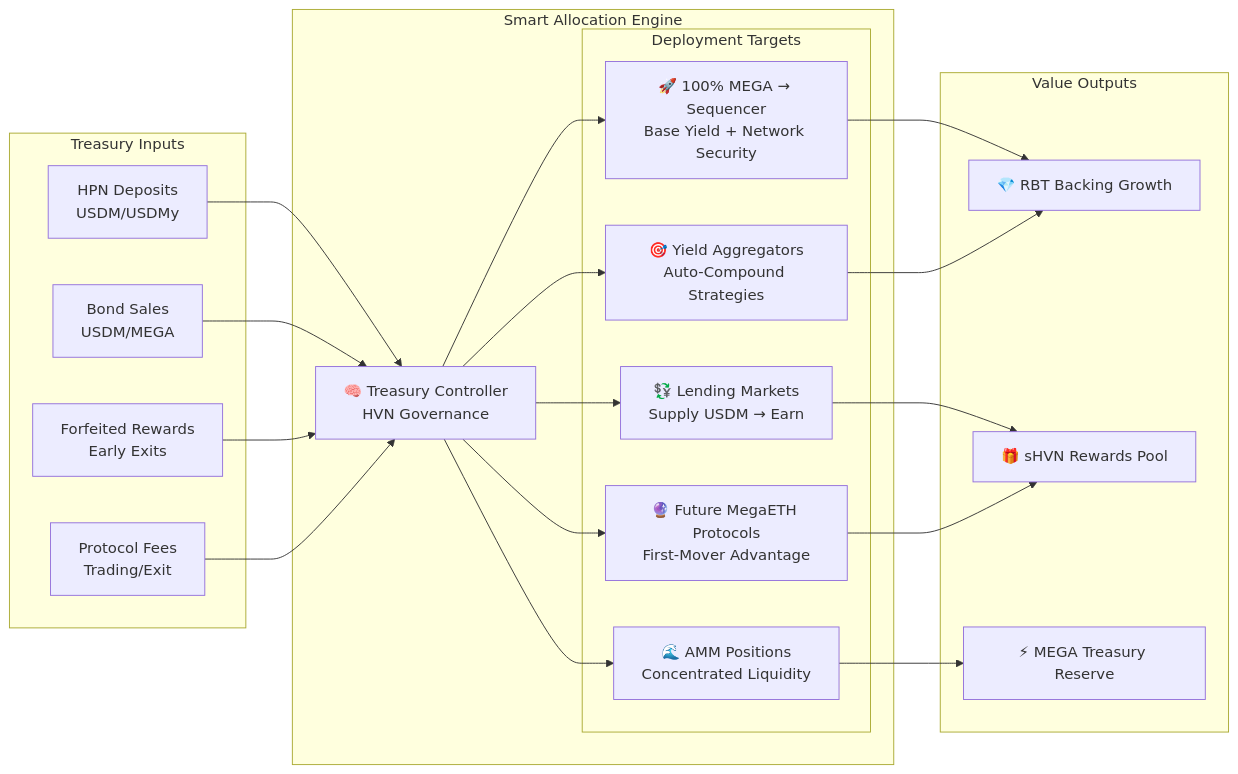
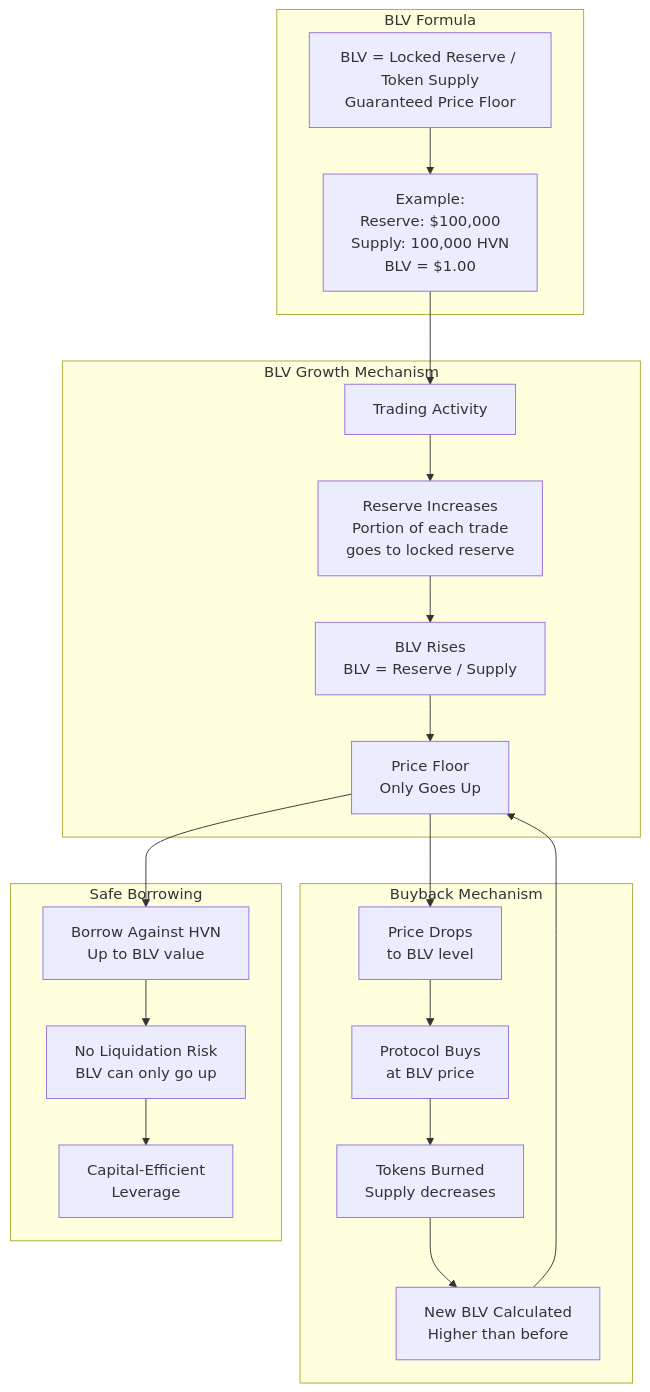
The sixth of 7 diagrams in blackhaven-diagrams.md (0xJaehaerys/ohmega), drawn with Mermaid before and after one commit. The commit also changed other lines of this file, not shown here.

First line of the commit message:
Create single clean diagrams file with all Blackhaven components

````diff
--- a/blackhaven-diagrams.md
+++ b/blackhaven-diagrams.md
@@ -200,44 +249,43 @@
 ```mermaid
-graph LR
-    subgraph "Treasury Inputs"
-        HPN_DEPOSITS["HPN Deposits<br/>USDM/USDMy"]
-        BOND_PROCEEDS["Bond Sales<br/>USDM/MEGA"]
-        FORFEIT["Forfeited Rewards<br/>Early Exits"]
-        FEES["Protocol Fees<br/>Trading/Exit"]
+graph TB
+    subgraph "BLV Formula"
+        BLV_FORMULA[BLV = Locked Reserve / Token Supply<br/>Guaranteed Price Floor]
+        EXAMPLE[Example:<br/>Reserve: $100,000<br/>Supply: 100,000 HVN<br/>BLV = $1.00]
     end
     
-    subgraph "Smart Allocation Engine"
-        CONTROLLER["🧠 Treasury Controller<br/>HVN Governance"]
-        
-        subgraph "Deployment Targets"
-            MEGA_STAKE["🚀 100% MEGA → Sequencer<br/>Base Yield + Network Security"]
-            DEFI_1["💱 Lending Markets<br/>Supply USDM → Earn"]
-            DEFI_2["🌊 AMM Positions<br/>Concentrated Liquidity"]
-            DEFI_3["🎯 Yield Aggregators<br/>Auto-Compound Strategies"]
-            FUTURE["🔮 Future MegaETH Protocols<br/>First-Mover Advantage"]
-        end
+    subgraph "BLV Growth Mechanism"
+        TRADES[Trading Activity]
+        RESERVE_GROWTH[Reserve Increases<br/>Portion of each trade<br/>goes to locked reserve]
+        BLV_RISE[BLV Rises<br/>BLV = Reserve / Supply]
+        FLOOR[Price Floor<br/>Only Goes Up]
     end
     
-    subgraph "Value Outputs"
-        RBT_BACKING["💎 RBT Backing Growth"]
-        sHVN_REWARDS["🎁 sHVN Rewards Pool"]
-        MEGA_ACCUMULATION["⚡ MEGA Treasury Reserve"]
+    subgraph "Buyback Mechanism"
+        PRICE_DROP[Price Drops<br/>to BLV level]
+        BUYBACK[Protocol Buys<br/>at BLV price]
+        BURN[Tokens Burned<br/>Supply decreases]
+        NEW_BLV[New BLV Calculated<br/>Higher than before]
     end
     
-    HPN_DEPOSITS --> CONTROLLER
-    BOND_PROCEEDS --> CONTROLLER
-    FORFEIT --> CONTROLLER
-    FEES --> CONTROLLER
+    subgraph "Safe Borrowing"
+        BORROW[Borrow Against HVN<br/>Up to BLV value]
+        NO_LIQUIDATION[No Liquidation Risk<br/>BLV can only go up]
+        LEVERAGE[Capital-Efficient<br/>Leverage]
+    end
     
-    CONTROLLER --> MEGA_STAKE
-    CONTROLLER --> DEFI_1
-    CONTROLLER --> DEFI_2
-    CONTROLLER --> DEFI_3
-    CONTROLLER --> FUTURE
+    BLV_FORMULA --> EXAMPLE
+    EXAMPLE --> TRADES
+    TRADES --> RESERVE_GROWTH
+    RESERVE_GROWTH --> BLV_RISE
+    BLV_RISE --> FLOOR
     
-    MEGA_STAKE --> RBT_BACKING
-    DEFI_1 --> sHVN_REWARDS
-    DEFI_2 --> MEGA_ACCUMULATION
-    DEFI_3 --> RBT_BACKING
-    FUTURE --> sHVN_REWARDS
+    FLOOR --> PRICE_DROP
+    PRICE_DROP --> BUYBACK
+    BUYBACK --> BURN
+    BURN --> NEW_BLV
+    NEW_BLV --> FLOOR
+    
+    FLOOR --> BORROW
+    BORROW --> NO_LIQUIDATION
+    NO_LIQUIDATION --> LEVERAGE
 ```
````
